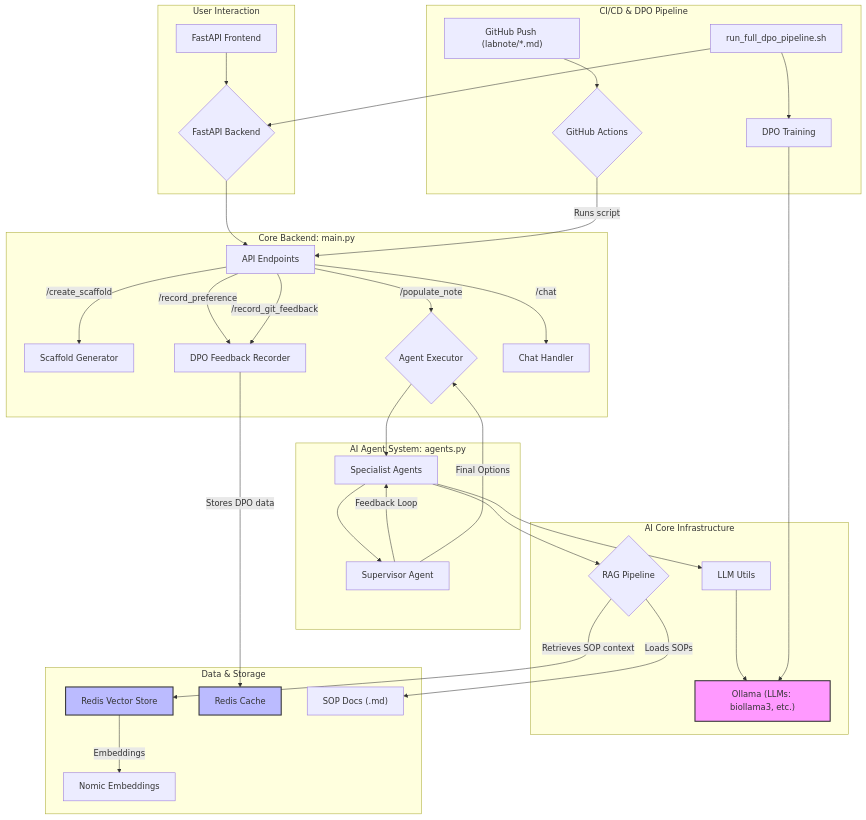
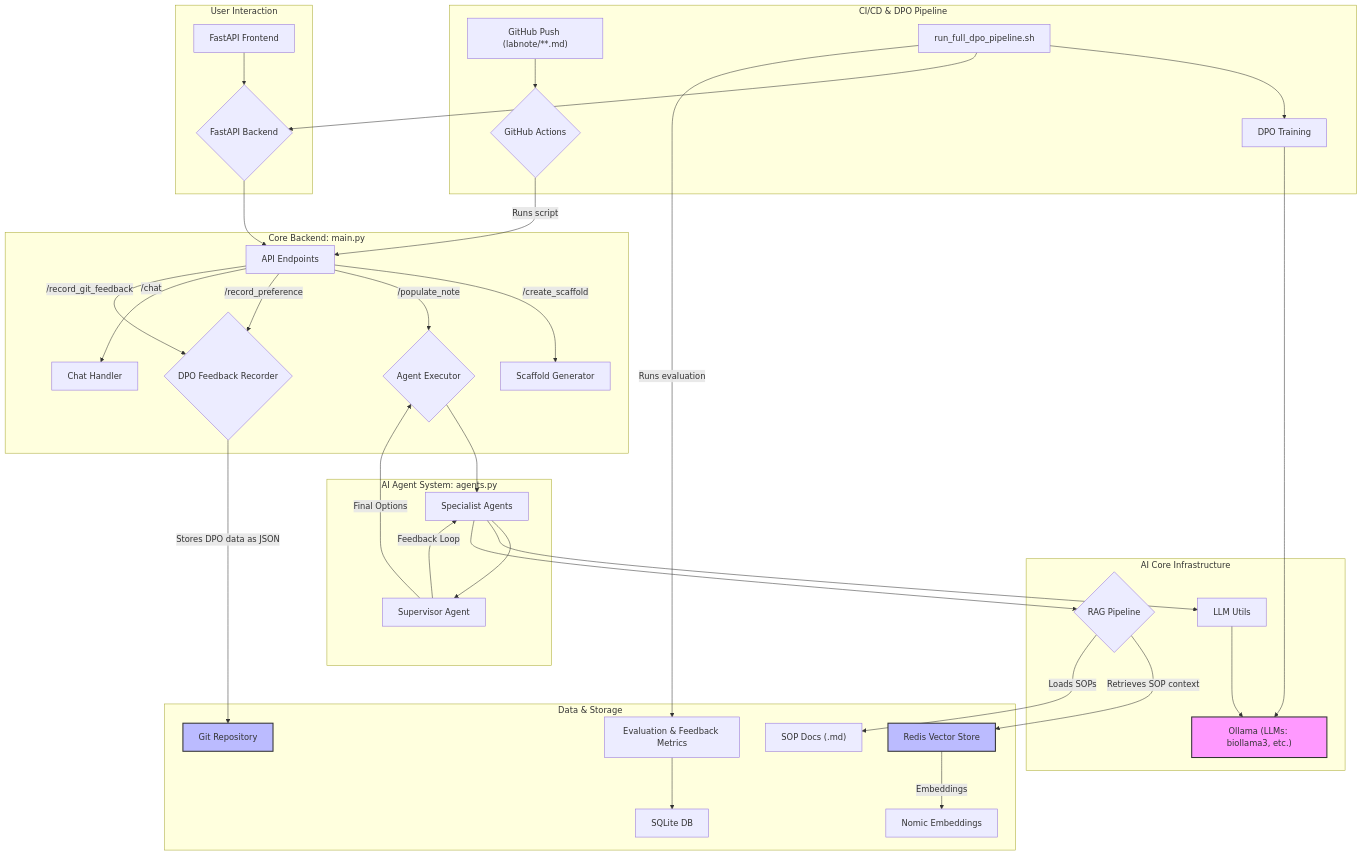
The first of 2 diagrams in README.md (sblabkribb/labnote-ai-backend), drawn with Mermaid before and after one commit. The commit also changed other lines of this file, not shown here.

````diff
--- a/README.md
+++ b/README.md
@@ -22,47 +22,50 @@
 ```mermaid
 graph TD
     subgraph "User Interaction"
         A[FastAPI Frontend] --> B{FastAPI Backend};
     end
 
     subgraph "Core Backend: main.py"
         B --> C[API Endpoints];
         C -- "/create_scaffold" --> D[Scaffold Generator];
         C -- "/populate_note" --> E{Agent Executor};
-        C -- "/record_preference" --> F[DPO Feedback Recorder];
+        C -- "/record_preference" --> F{DPO Feedback Recorder};
         C -- "/chat" --> G[Chat Handler];
         C -- "/record_git_feedback" --> F;
     end
 
     subgraph "AI Agent System: agents.py"
         E --> H[Specialist Agents];
         H --> I[Supervisor Agent];
         I -- "Feedback Loop" --> H;
         I -- "Final Options" --> E;
     end
 
     subgraph "AI Core Infrastructure"
         H --> J[LLM Utils];
         J --> K["Ollama (LLMs: biollama3, etc.)"];
         H --> L{RAG Pipeline};
     end
     
     subgraph "Data & Storage"
         L -- "Retrieves SOP context" --> M[Redis Vector Store];
-        M -- "Embeddings" --> N[Nomic Embeddings];
-        F -- "Stores DPO data" --> O[Redis Cache];
+        M -- "Embeddings" --> N[Nomic Embeddings]; 
+        F -- "Stores DPO data as JSON" --> O[Git Repository];
         L -- "Loads SOPs" --> P["SOP Docs (.md)"];
+        U[Evaluation & Feedback Metrics] --> V[SQLite DB];
     end
 
     subgraph "CI/CD & DPO Pipeline"
-        Q["GitHub Push (labnote/*.md)"] --> R{GitHub Actions};
+        Q["GitHub Push (labnote/**.md)"] --> R{GitHub Actions};
         R -- "Runs script" --> C;
         S[run_full_dpo_pipeline.sh] --> T[DPO Training];
         T --> K;
         S --> B;
+        S -- "Runs evaluation" --> U;
     end
+
 
     style K fill:#f9f,stroke:#333,stroke-width:2px
     style M fill:#bbf,stroke:#333,stroke-width:2px
     style O fill:#bbf,stroke:#333,stroke-width:2px
 ```
````
